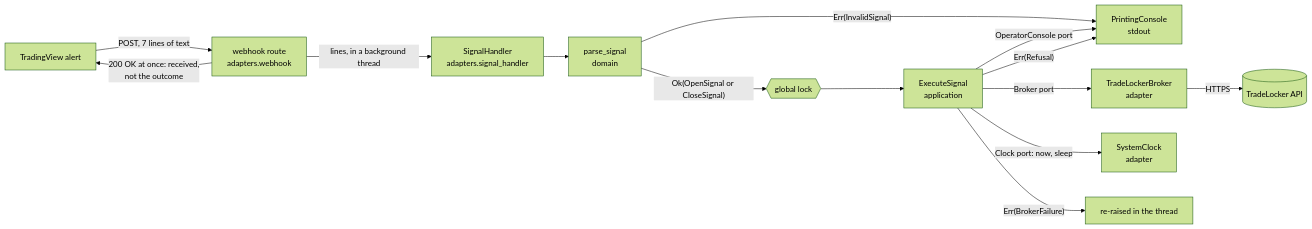
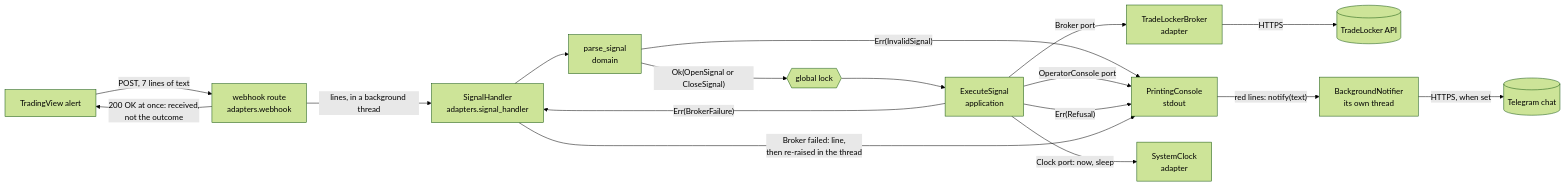
One commit to Akinzou/TradeLockerBot changed the third of 6 diagrams in docs/architecture.md. Above: the diagram before and after it, drawn with Mermaid (forest theme). The commit also changed other lines of this file and 6 other files, not shown here.

First line of the commit message:
docs: ADR 0027 and the docs for Telegram notifications (roadmap step 6o)

````diff
--- a/docs/architecture.md
+++ b/docs/architecture.md
@@ -138,16 +147,19 @@
 ```mermaid
 flowchart LR
     TV[TradingView alert] -- "POST, 7 lines of text" --> WH[webhook route<br/>adapters.webhook]
     WH -- "200 OK at once: received,<br/>not the outcome" --> TV
     WH -- "lines, in a background thread" --> SH[SignalHandler<br/>adapters.signal_handler]
     SH --> P[parse_signal<br/>domain]
     P -- "Err(InvalidSignal)" --> CON[PrintingConsole<br/>stdout]
     P -- "Ok(OpenSignal or CloseSignal)" --> LOCK{{global lock}}
     LOCK --> UC[ExecuteSignal<br/>application]
     UC -- "Broker port" --> TLB[TradeLockerBroker<br/>adapter]
     TLB -- "HTTPS" --> API[(TradeLocker API)]
     UC -- "OperatorConsole port" --> CON
     UC -- "Clock port: now, sleep" --> CLK[SystemClock<br/>adapter]
     UC -- "Err(Refusal)" --> CON
-    UC -- "Err(BrokerFailure)" --> RAISE[re-raised in the thread]
+    UC -- "Err(BrokerFailure)" --> SH
+    SH -- "Broker failed: line,<br/>then re-raised in the thread" --> CON
+    CON -- "red lines: notify(text)" --> NT[BackgroundNotifier<br/>its own thread]
+    NT -- "HTTPS, when set" --> TGAPI[(Telegram chat)]
 ```
````
